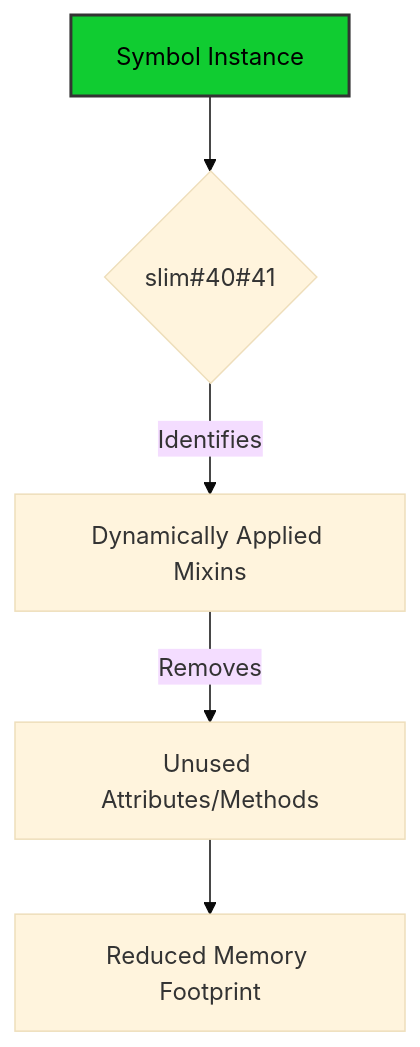
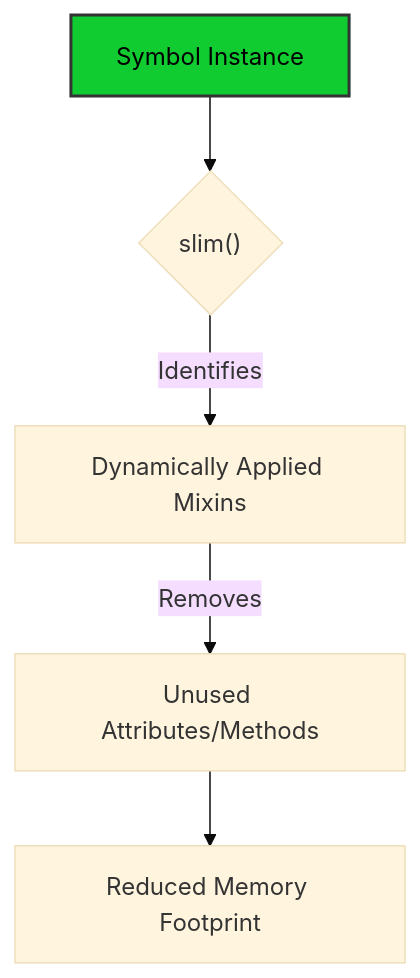
The tenth of 13 diagrams in docs/readme_details/8_api_highlights/index.md (ikko/sym), drawn with Mermaid (base theme) before and after one commit. The commit also changed other lines of this file and 17 other files, not shown here.

````diff
--- a/docs/readme_details/8_api_highlights/index.md
+++ b/docs/readme_details/8_api_highlights/index.md
@@ -429,11 +429,11 @@
 ```mermaid
 graph TD
-    A[Symbol Instance] --> B{slim#40#41};
+    A[Symbol Instance] --> B{slim#40;#41;};
     B -- "Identifies" --> C[Dynamically Applied Mixins];
     C -- "Removes" --> D[Unused Attributes/Methods];
     D --> E[Reduced Memory Footprint];
 
     style A fill:#10cc31,stroke:#333,stroke-width:2px,color:#000000;
 
     style A fill:#10cc31,stroke:#333,stroke-width:2px,color:#000000;
 ```
````
